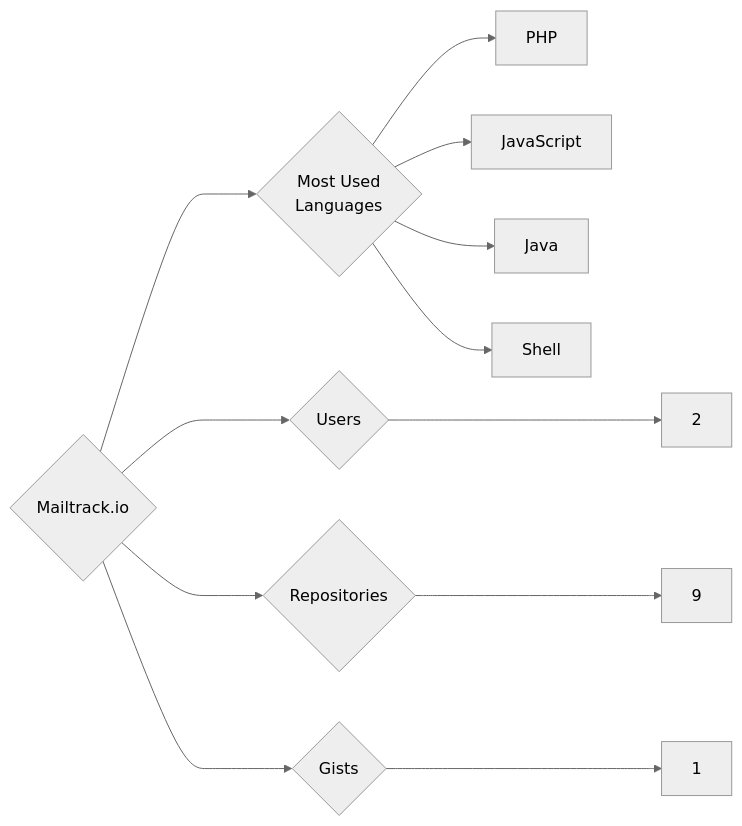
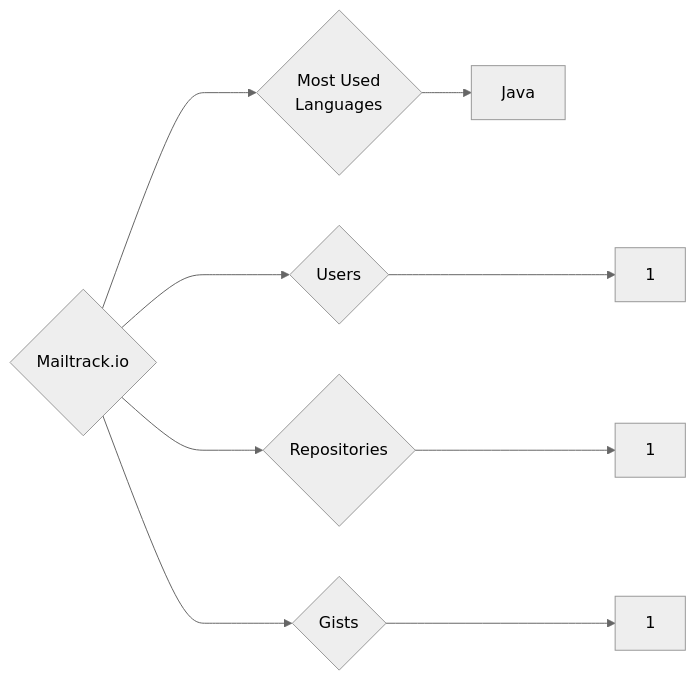
Before and after one commit to trickest/insiders: the diagram in targets/Mailtrack.io/README.md, drawn with Mermaid (neutral theme). The commit also changed 873 other files, not shown here.

````diff
--- a/targets/Mailtrack.io/README.md
+++ b/targets/Mailtrack.io/README.md
@@ -3,12 +3,9 @@
 ```mermaid
 graph LR
 COMPANY_NAME{Mailtrack.io}
-COMPANY_NAME ---> U{Users} ---> UN[2]
-COMPANY_NAME ---> R{Repositories} ---> RN[9]
+COMPANY_NAME ---> U{Users} ---> UN[1]
+COMPANY_NAME ---> R{Repositories} ---> RN[1]
 COMPANY_NAME ---> G{Gists} ---> GN[1]
 COMPANY_NAME ---> ML{Most Used<br>Languages}
-ML --> PHP[PHP]
-ML --> JavaScript[JavaScript]
 ML --> Java[Java]
-ML --> Shell[Shell]
 ```
````
